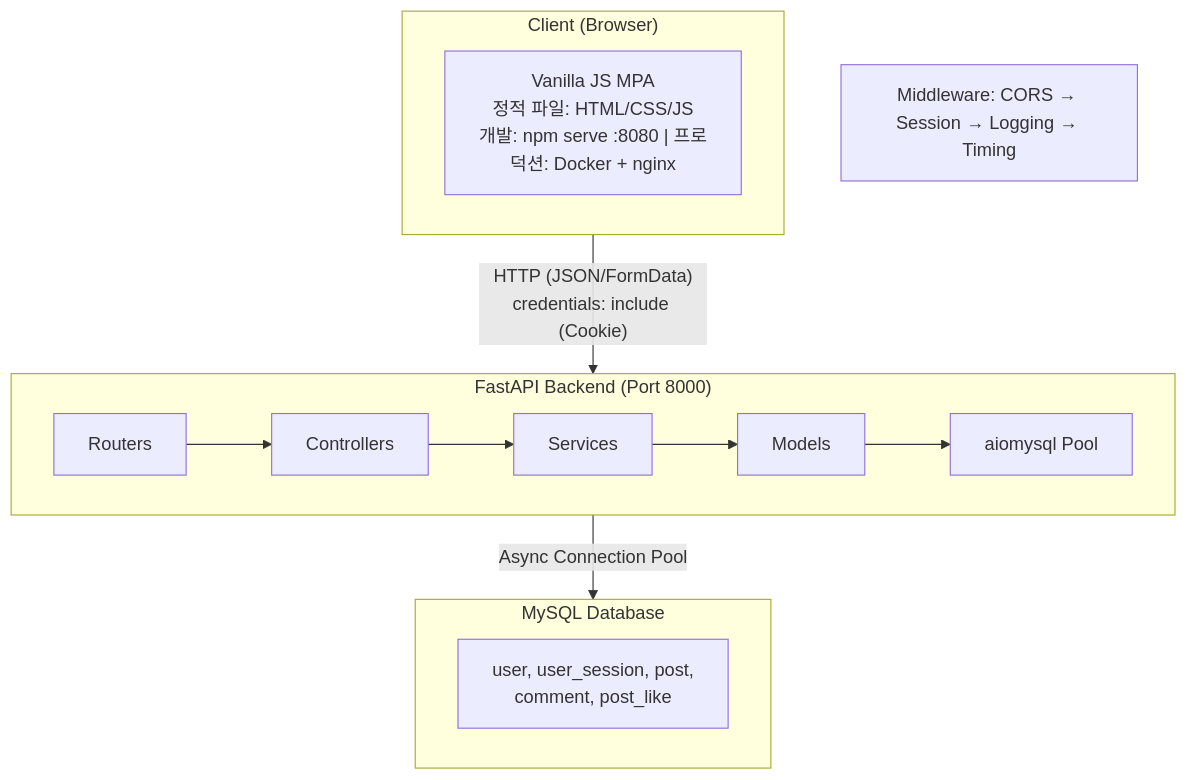
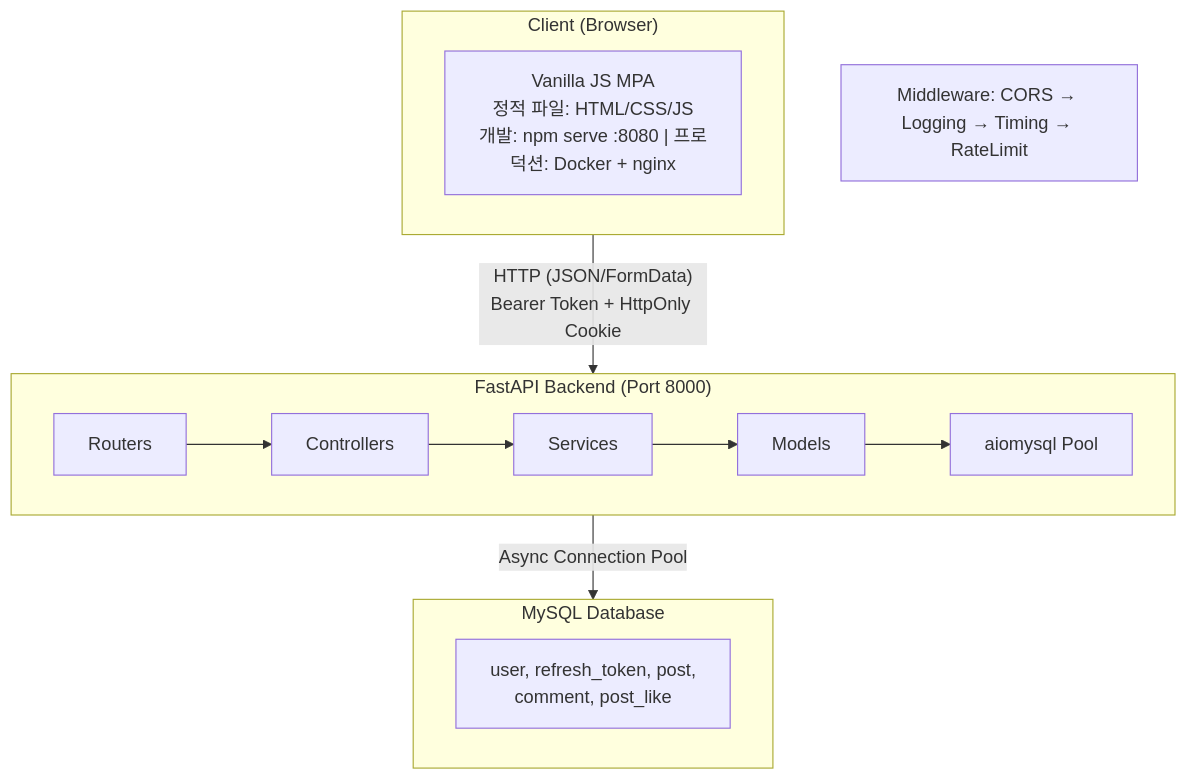
The first of 4 diagrams in README.md (80-hours-a-week/2-cho-community-fe), drawn with Mermaid before and after one commit. The commit also changed other lines of this file and 3 other files, not shown here.

````diff
--- a/README.md
+++ b/README.md
@@ -62,21 +62,21 @@
 ```mermaid
 flowchart TD
     subgraph Client["Client (Browser)"]
         FE["Vanilla JS MPA<br/>정적 파일: HTML/CSS/JS<br/>개발: npm serve :8080 | 프로덕션: Docker + nginx"]
     end
 
-    Client -->|"HTTP (JSON/FormData)<br/>credentials: include (Cookie)"| Backend
+    Client -->|"HTTP (JSON/FormData)<br/>Bearer Token + HttpOnly Cookie"| Backend
 
     subgraph Backend["FastAPI Backend (Port 8000)"]
         direction LR
         Routers --> Controllers --> Services --> Models --> Pool["aiomysql Pool"]
     end
 
-    note["Middleware: CORS → Session → Logging → Timing"]
+    note["Middleware: CORS → Logging → Timing → RateLimit"]
 
     Backend -->|"Async Connection Pool"| DB
 
     subgraph DB["MySQL Database"]
-        Tables["user, user_session, post,<br/>comment, post_like"]
+        Tables["user, refresh_token, post,<br/>comment, post_like"]
     end
 ```
````
